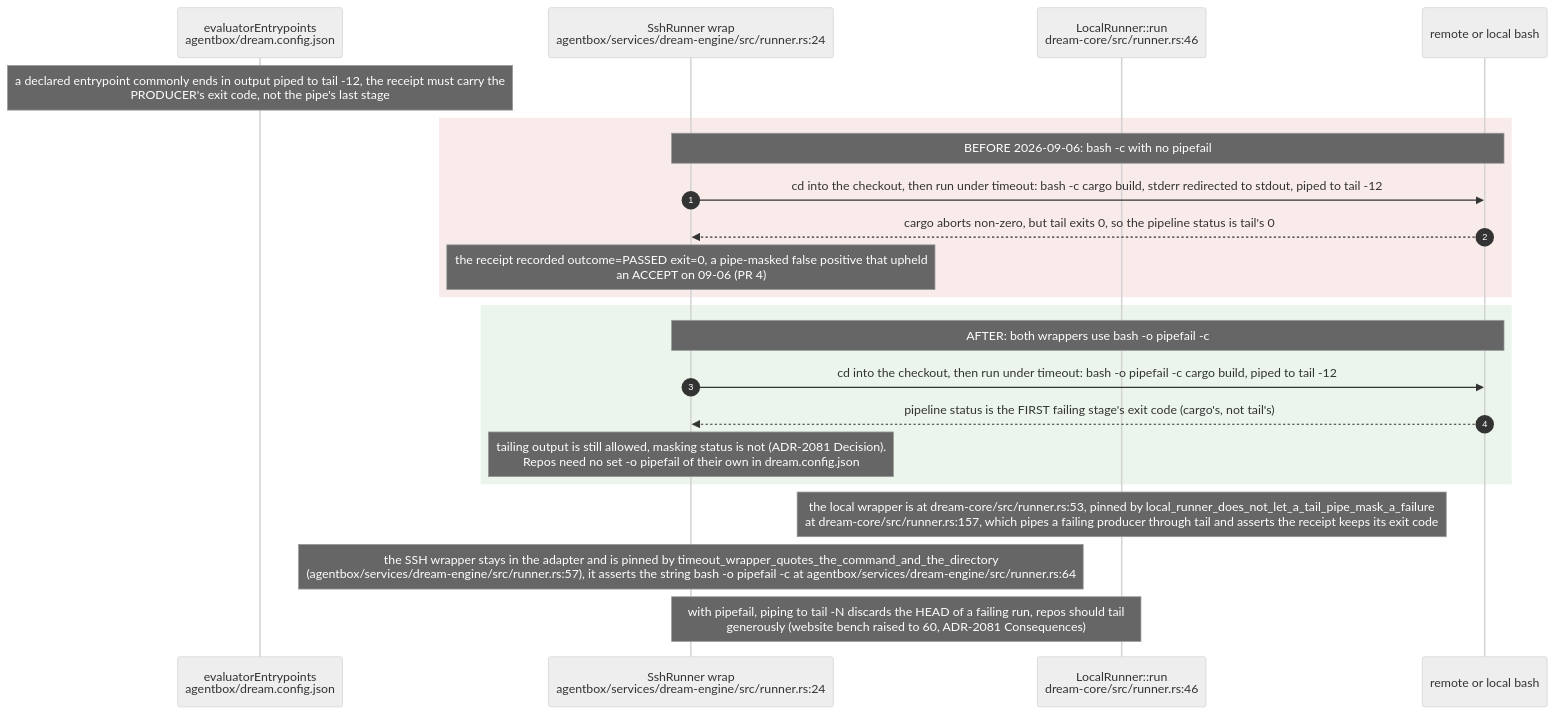
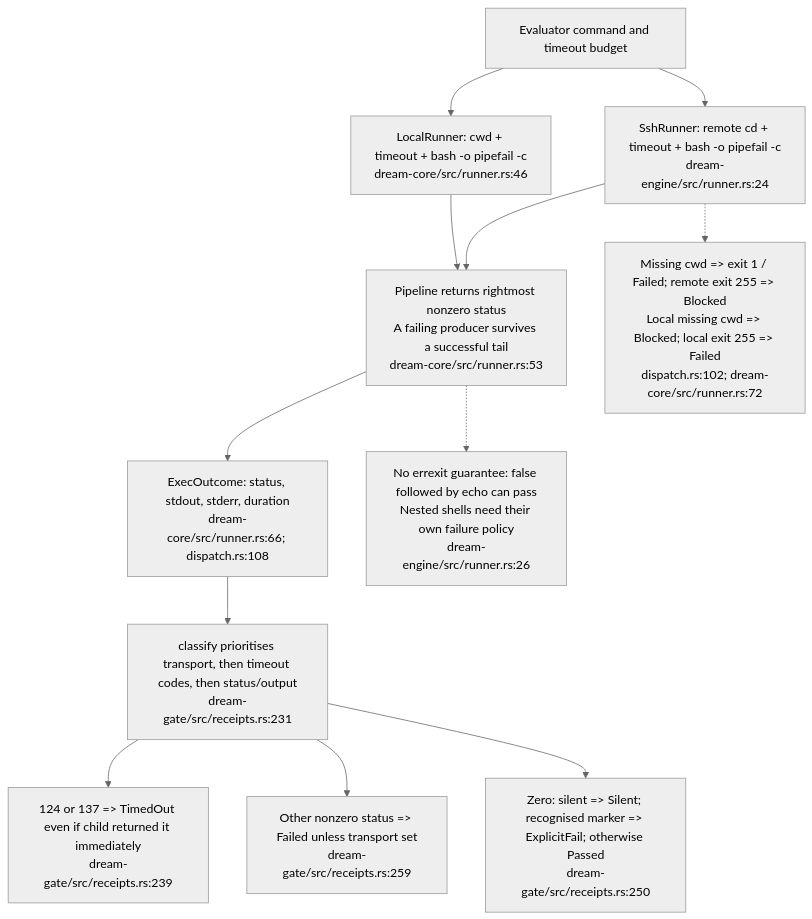
One commit to DreamLab-AI/VisionFlow changed diagram 12 of 22 in docs/diagrams/agentbox/23-dream-engine.md. Above: the diagram before and after it, drawn with Mermaid (neutral theme). The commit also changed other lines of this file and 17 other files, not shown here.

Commit message:
docs: audit dream annexe identity and evaluator receipts

````diff
--- a/docs/diagrams/agentbox/23-dream-engine.md
+++ b/docs/diagrams/agentbox/23-dream-engine.md
@@ -546,25 +528,15 @@
 ```mermaid
-sequenceDiagram
-    autonumber
-    participant CFG as evaluatorEntrypoints<br/>agentbox/dream.config.json
-    participant SSH as SshRunner wrap<br/>agentbox/services/dream-engine/src/runner.rs:24
-    participant LOC as LocalRunner::run<br/>dream-core/src/runner.rs:46
-    participant SH as remote or local bash
-
-    Note over CFG: a declared entrypoint commonly ends in output piped to tail -12, the receipt must carry the<br/>PRODUCER's exit code, not the pipe's last stage
-    rect rgb(250,235,235)
-        Note over SSH,SH: BEFORE 2026-09-06: bash -c with no pipefail
-        SSH->>SH: cd into the checkout, then run under timeout: bash -c cargo build, stderr redirected to stdout, piped to tail -12
-        SH-->>SSH: cargo aborts non-zero, but tail exits 0, so the pipeline status is tail's 0
-        Note over SSH: the receipt recorded outcome=PASSED exit=0, a pipe-masked false positive that upheld<br/>an ACCEPT on 09-06 (PR 4)
-    end
-    rect rgb(235,245,235)
-        Note over SSH,SH: AFTER: both wrappers use bash -o pipefail -c
-        SSH->>SH: cd into the checkout, then run under timeout: bash -o pipefail -c cargo build, piped to tail -12
-        SH-->>SSH: pipeline status is the FIRST failing stage's exit code (cargo's, not tail's)
-        Note over SSH: tailing output is still allowed, masking status is not (ADR-2081 Decision).<br/>Repos need no set -o pipefail of their own in dream.config.json
-    end
-    Note over LOC: the local wrapper is at dream-core/src/runner.rs:53, pinned by local_runner_does_not_let_a_tail_pipe_mask_a_failure<br/>at dream-core/src/runner.rs:157, which pipes a failing producer through tail and asserts the receipt keeps its exit code
-    Note over SSH: the SSH wrapper stays in the adapter and is pinned by timeout_wrapper_quotes_the_command_and_the_directory<br/>(agentbox/services/dream-engine/src/runner.rs:57), it asserts the string bash -o pipefail -c at agentbox/services/dream-engine/src/runner.rs:64
-    Note over SSH,LOC: with pipefail, piping to tail -N discards the HEAD of a failing run, repos should tail<br/>generously (website bench raised to 60, ADR-2081 Consequences)
+flowchart TB
+    CMD["Evaluator command and timeout budget"]
+    CMD --> LOC["LocalRunner: cwd + timeout + bash -o pipefail -c<br/>dream-core/src/runner.rs:46"]
+    CMD --> SSH["SshRunner: remote cd + timeout + bash -o pipefail -c<br/>dream-engine/src/runner.rs:24"]
+    LOC --> PIPE["Pipeline returns rightmost nonzero status<br/>A failing producer survives a successful tail<br/>dream-core/src/runner.rs:53"]
+    SSH --> PIPE
+    PIPE --> RAW["ExecOutcome: status, stdout, stderr, duration<br/>dream-core/src/runner.rs:66; dispatch.rs:108"]
+    RAW --> CLASS["classify prioritises transport, then timeout codes, then status/output<br/>dream-gate/src/receipts.rs:231"]
+    CLASS --> RESERVED["124 or 137 => TimedOut even if child returned it immediately<br/>dream-gate/src/receipts.rs:239"]
+    CLASS --> FAIL["Other nonzero status => Failed unless transport set<br/>dream-gate/src/receipts.rs:259"]
+    CLASS --> ZERO["Zero: silent => Silent; recognised marker => ExplicitFail; otherwise Passed<br/>dream-gate/src/receipts.rs:250"]
+    SSH -.-> DIFFER["Missing cwd => exit 1 / Failed; remote exit 255 => Blocked<br/>Local missing cwd => Blocked; local exit 255 => Failed<br/>dispatch.rs:102; dream-core/src/runner.rs:72"]
+    PIPE -.-> MASK["No errexit guarantee: false followed by echo can pass<br/>Nested shells need their own failure policy<br/>dream-engine/src/runner.rs:26"]
 ```
````
